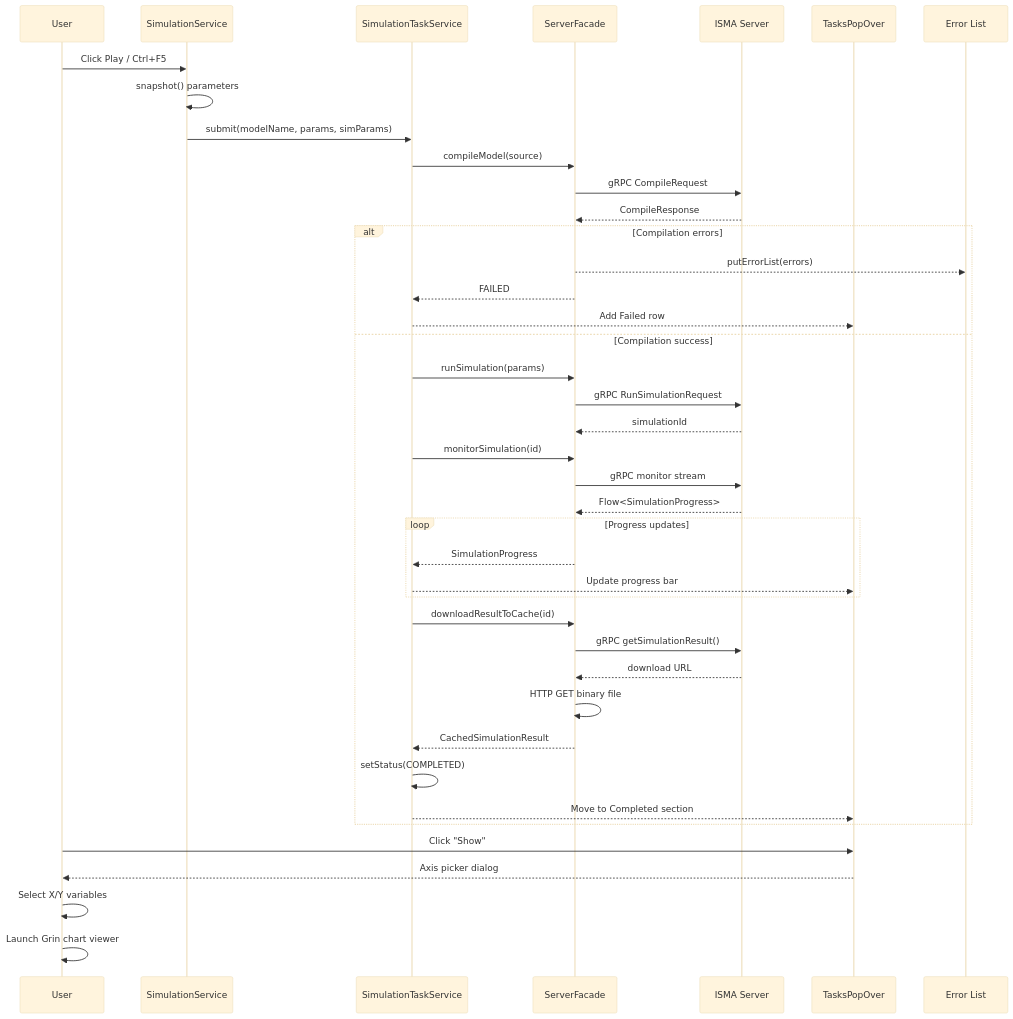
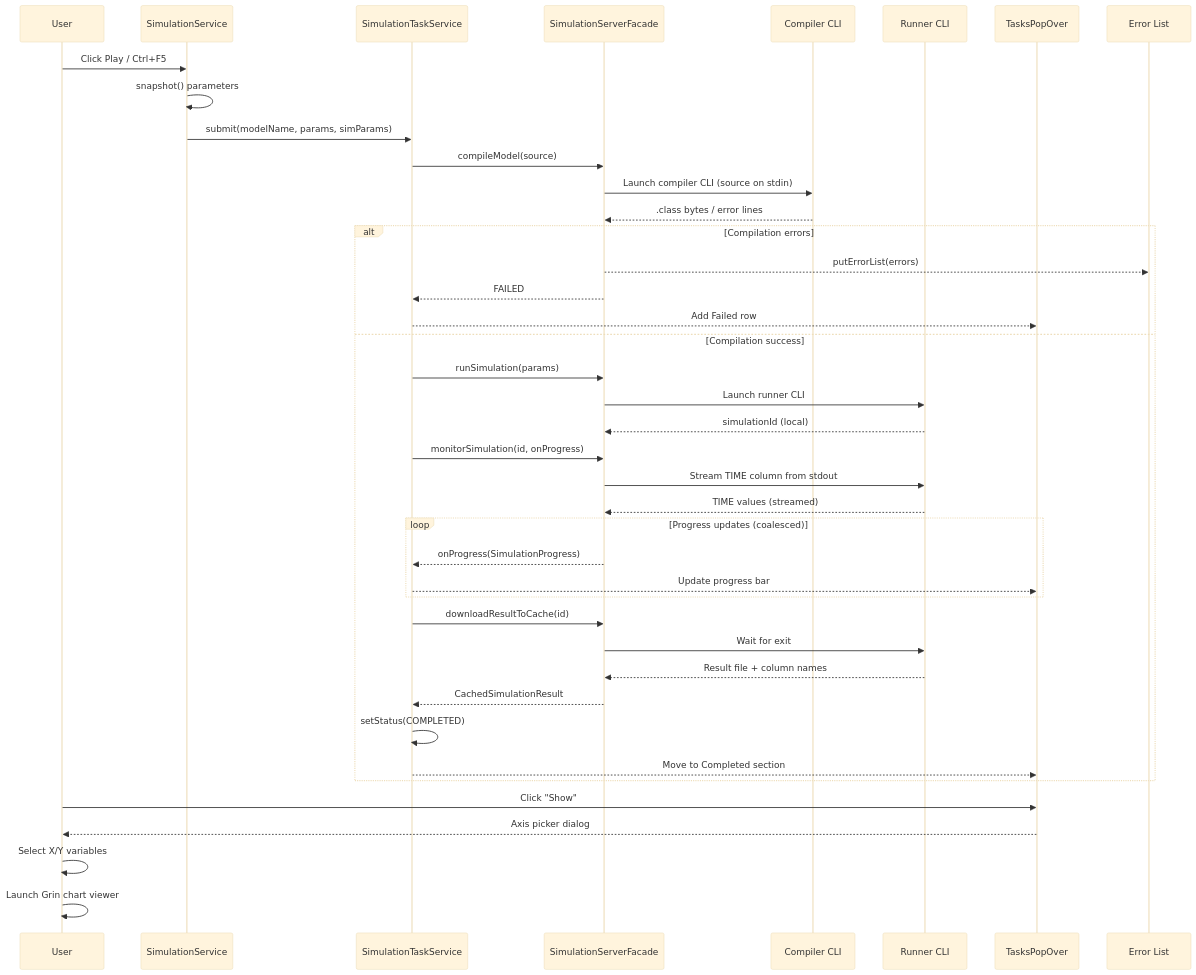
Before and after one commit to SmallBossGames/isma: the third of 4 diagrams in docs/isma-ui/06-ux-reference.md, drawn with Mermaid (base theme). The commit also changed other lines of this file and 76 other files, not shown here.

````diff
--- a/docs/isma-ui/06-ux-reference.md
+++ b/docs/isma-ui/06-ux-reference.md
@@ -465,44 +465,44 @@
 ```mermaid
 sequenceDiagram
     participant U as User
     participant SS as SimulationService
     participant STS as SimulationTaskService
-    participant Facade as ServerFacade
-    participant Server as ISMA Server
+    participant Facade as SimulationServerFacade
+    participant Compiler as Compiler CLI
+    participant Runner as Runner CLI
     participant Tasks as TasksPopOver
     participant Error as Error List
 
     U->>SS: Click Play / Ctrl+F5
     SS->>SS: snapshot() parameters
     SS->>STS: submit(modelName, params, simParams)
     STS->>Facade: compileModel(source)
-    Facade->>Server: gRPC CompileRequest
-    Server-->>Facade: CompileResponse
+    Facade->>Compiler: Launch compiler CLI (source on stdin)
+    Compiler-->>Facade: .class bytes / error lines
     alt Compilation errors
         Facade-->>Error: putErrorList(errors)
         Facade-->>STS: FAILED
         STS-->>Tasks: Add Failed row
     else Compilation success
         STS->>Facade: runSimulation(params)
-        Facade->>Server: gRPC RunSimulationRequest
-        Server-->>Facade: simulationId
-        STS->>Facade: monitorSimulation(id)
-        Facade->>Server: gRPC monitor stream
-        Server-->>Facade: Flow<SimulationProgress>
-        loop Progress updates
-            Facade-->>STS: SimulationProgress
+        Facade->>Runner: Launch runner CLI
+        Runner-->>Facade: simulationId (local)
+        STS->>Facade: monitorSimulation(id, onProgress)
+        Facade->>Runner: Stream TIME column from stdout
+        Runner-->>Facade: TIME values (streamed)
+        loop Progress updates (coalesced)
+            Facade-->>STS: onProgress(SimulationProgress)
             STS-->>Tasks: Update progress bar
         end
         STS->>Facade: downloadResultToCache(id)
-        Facade->>Server: gRPC getSimulationResult()
-        Server-->>Facade: download URL
-        Facade->>Facade: HTTP GET binary file
+        Facade->>Runner: Wait for exit
+        Runner-->>Facade: Result file + column names
         Facade-->>STS: CachedSimulationResult
         STS->>STS: setStatus(COMPLETED)
         STS-->>Tasks: Move to Completed section
     end
     U->>Tasks: Click "Show"
     Tasks-->>U: Axis picker dialog
     U->>U: Select X/Y variables
     U->>U: Launch Grin chart viewer
 ```
````
